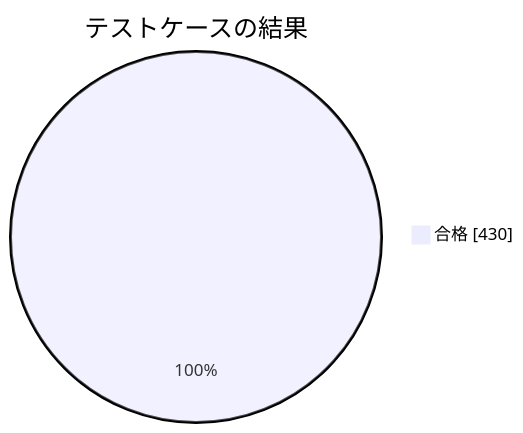
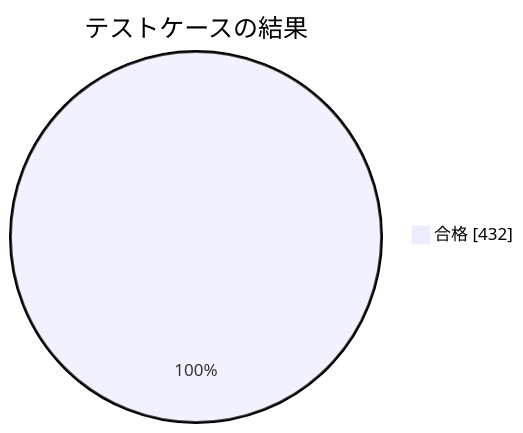
Before and after one commit to pocarialice/rpglearning: the second of 3 diagrams in documents/モジュールテスト結果報告書_RPG学習アプリ.md, drawn with Mermaid. The commit also changed other lines of this file and 1 other file, not shown here.

````diff
--- a/documents/モジュールテスト結果報告書_RPG学習アプリ.md
+++ b/documents/モジュールテスト結果報告書_RPG学習アプリ.md
@@ -60,4 +60,4 @@
 ```mermaid
 pie showData title テストケースの結果
-  "合格" : 430
+  "合格" : 432
 ```
````
